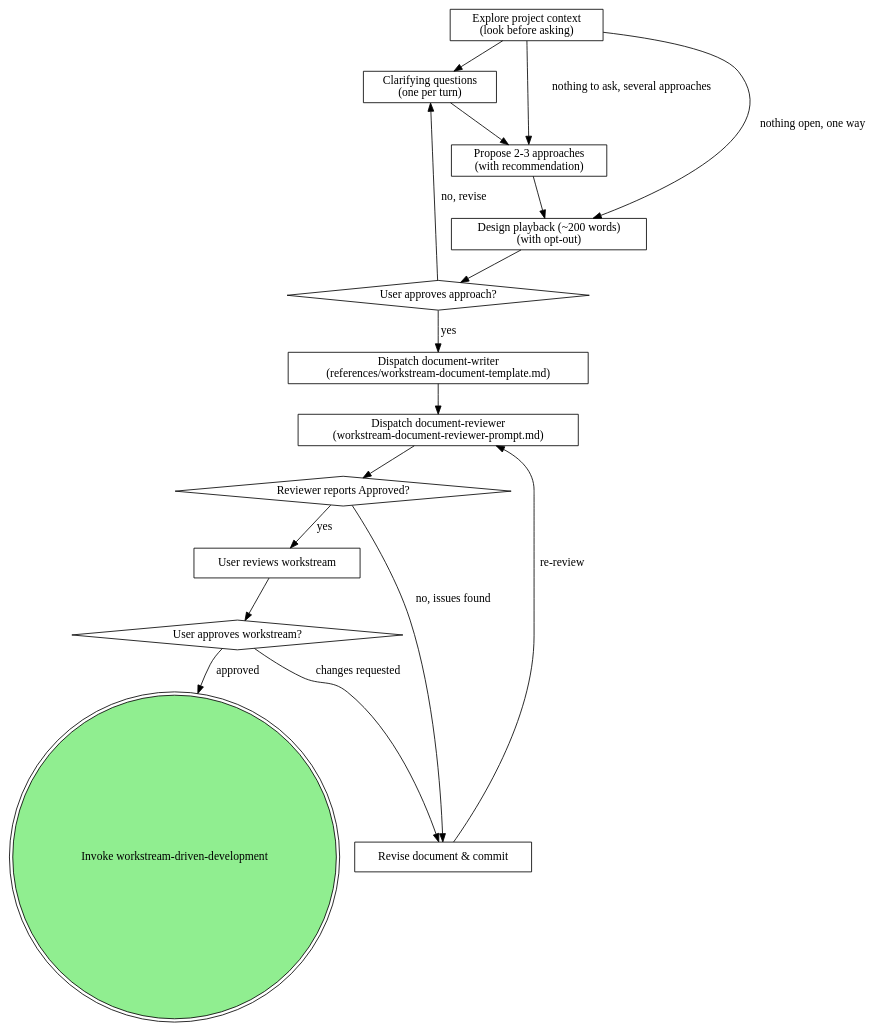
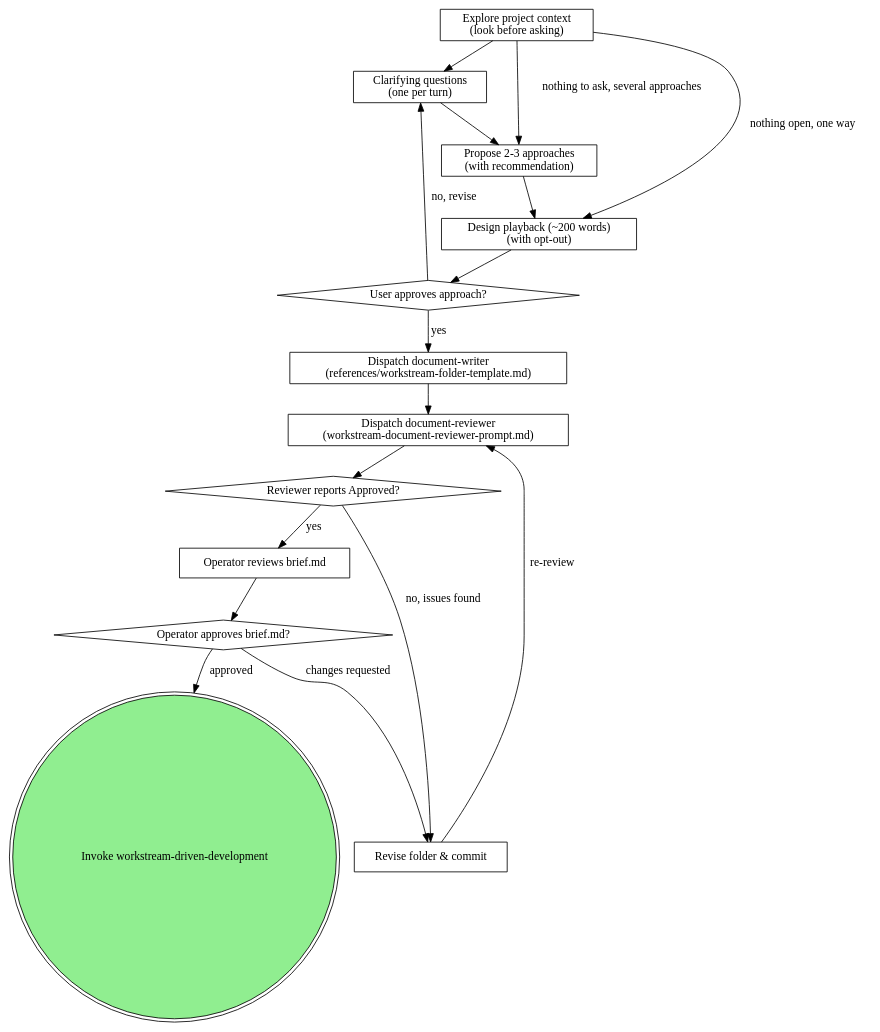
One commit to dtbndr/solopowers changed the diagram in skills/workstream-brainstorming/SKILL.md. Above: the diagram before and after it, drawn with Graphviz. The commit also changed other lines of this file and 5 other files, not shown here.

First line of the commit message:
feat(lite): brainstorming produces workstream folder (brief/slices/log) (Group 2b)

````diff
--- a/skills/workstream-brainstorming/SKILL.md
+++ b/skills/workstream-brainstorming/SKILL.md
@@ -92,33 +87,33 @@
 ```dot
 digraph workstream_brainstorming {
     "Explore project context\n(look before asking)" [shape=box];
     "Clarifying questions\n(one per turn)" [shape=box];
     "Propose 2-3 approaches\n(with recommendation)" [shape=box];
     "Design playback (~200 words)\n(with opt-out)" [shape=box];
     "User approves approach?" [shape=diamond];
-    "Dispatch document-writer\n(references/workstream-document-template.md)" [shape=box];
+    "Dispatch document-writer\n(references/workstream-folder-template.md)" [shape=box];
     "Dispatch document-reviewer\n(workstream-document-reviewer-prompt.md)" [shape=box];
     "Reviewer reports Approved?" [shape=diamond];
-    "Revise document & commit" [shape=box];
-    "User reviews workstream" [shape=box];
-    "User approves workstream?" [shape=diamond];
+    "Revise folder & commit" [shape=box];
+    "Operator reviews brief.md" [shape=box];
+    "Operator approves brief.md?" [shape=diamond];
     "Invoke workstream-driven-development" [shape=doublecircle style=filled fillcolor=lightgreen];
 
     "Explore project context\n(look before asking)" -> "Clarifying questions\n(one per turn)";
     "Explore project context\n(look before asking)" -> "Design playback (~200 words)\n(with opt-out)" [label="nothing open, one way"];
     "Explore project context\n(look before asking)" -> "Propose 2-3 approaches\n(with recommendation)" [label="nothing to ask, several approaches"];
     "Clarifying questions\n(one per turn)" -> "Propose 2-3 approaches\n(with recommendation)";
     "Propose 2-3 approaches\n(with recommendation)" -> "Design playback (~200 words)\n(with opt-out)";
     "Design playback (~200 words)\n(with opt-out)" -> "User approves approach?";
     "User approves approach?" -> "Clarifying questions\n(one per turn)" [label="no, revise"];
-    "User approves approach?" -> "Dispatch document-writer\n(references/workstream-document-template.md)" [label="yes"];
-    "Dispatch document-writer\n(references/workstream-document-template.md)" -> "Dispatch document-reviewer\n(workstream-document-reviewer-prompt.md)";
+    "User approves approach?" -> "Dispatch document-writer\n(references/workstream-folder-template.md)" [label="yes"];
+    "Dispatch document-writer\n(references/workstream-folder-template.md)" -> "Dispatch document-reviewer\n(workstream-document-reviewer-prompt.md)";
     "Dispatch document-reviewer\n(workstream-document-reviewer-prompt.md)" -> "Reviewer reports Approved?";
-    "Reviewer reports Approved?" -> "Revise document & commit" [label="no, issues found"];
-    "Revise document & commit" -> "Dispatch document-reviewer\n(workstream-document-reviewer-prompt.md)" [label="re-review"];
-    "Reviewer reports Approved?" -> "User reviews workstream" [label="yes"];
-    "User reviews workstream" -> "User approves workstream?";
-    "User approves workstream?" -> "Revise document & commit" [label="changes requested"];
-    "User approves workstream?" -> "Invoke workstream-driven-development" [label="approved"];
+    "Reviewer reports Approved?" -> "Revise folder & commit" [label="no, issues found"];
+    "Revise folder & commit" -> "Dispatch document-reviewer\n(workstream-document-reviewer-prompt.md)" [label="re-review"];
+    "Reviewer reports Approved?" -> "Operator reviews brief.md" [label="yes"];
+    "Operator reviews brief.md" -> "Operator approves brief.md?";
+    "Operator approves brief.md?" -> "Revise folder & commit" [label="changes requested"];
+    "Operator approves brief.md?" -> "Invoke workstream-driven-development" [label="approved"];
 }
 ```
````
